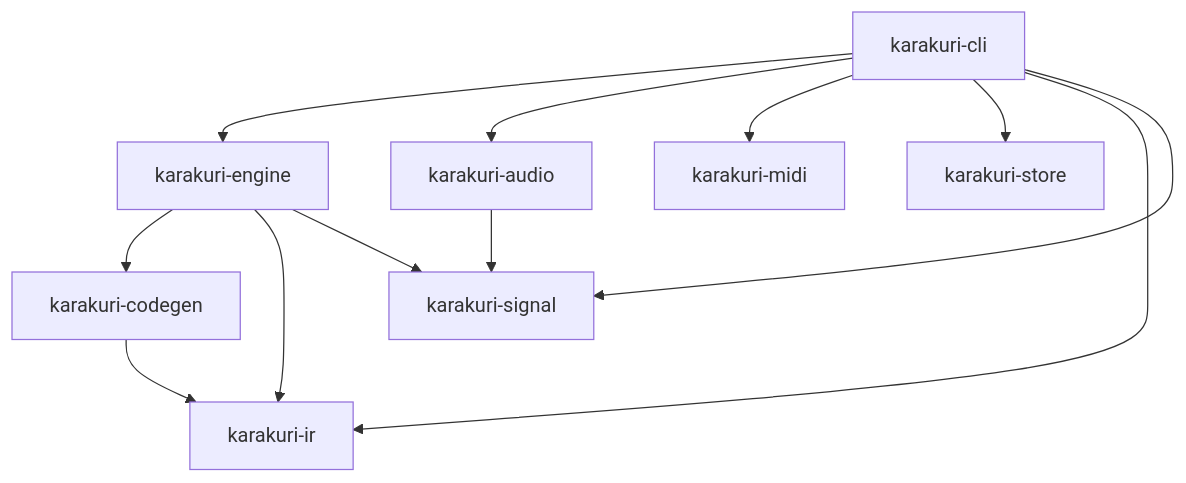
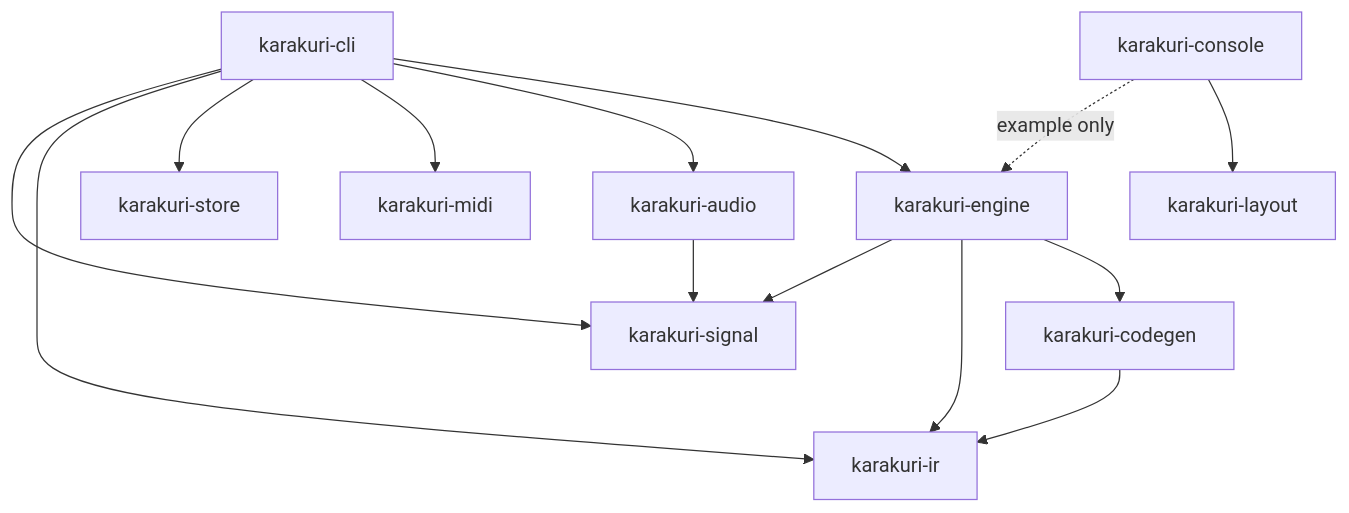
Before and after one commit to toyoshim-i/Karakuri: the first of 3 diagrams in docs/architecture.md, drawn with Mermaid. The commit also changed other lines of this file and 10 other files, not shown here.

````diff
--- a/docs/architecture.md
+++ b/docs/architecture.md
@@ -32,17 +32,20 @@
 ```mermaid
 graph TD
     CLI[karakuri-cli] --> ENGINE[karakuri-engine]
     CLI --> AUDIO[karakuri-audio]
     CLI --> MIDI[karakuri-midi]
     CLI --> STORE[karakuri-store]
     CLI --> IR[karakuri-ir]
     CLI --> SIGNAL[karakuri-signal]
 
+    CONSOLE[karakuri-console] --> LAYOUT[karakuri-layout]
+    CONSOLE -.->|example only| ENGINE
+
     ENGINE --> CODEGEN[karakuri-codegen]
     ENGINE --> IR
     ENGINE --> SIGNAL
 
     CODEGEN --> IR
 
     AUDIO --> SIGNAL
 ```
````
